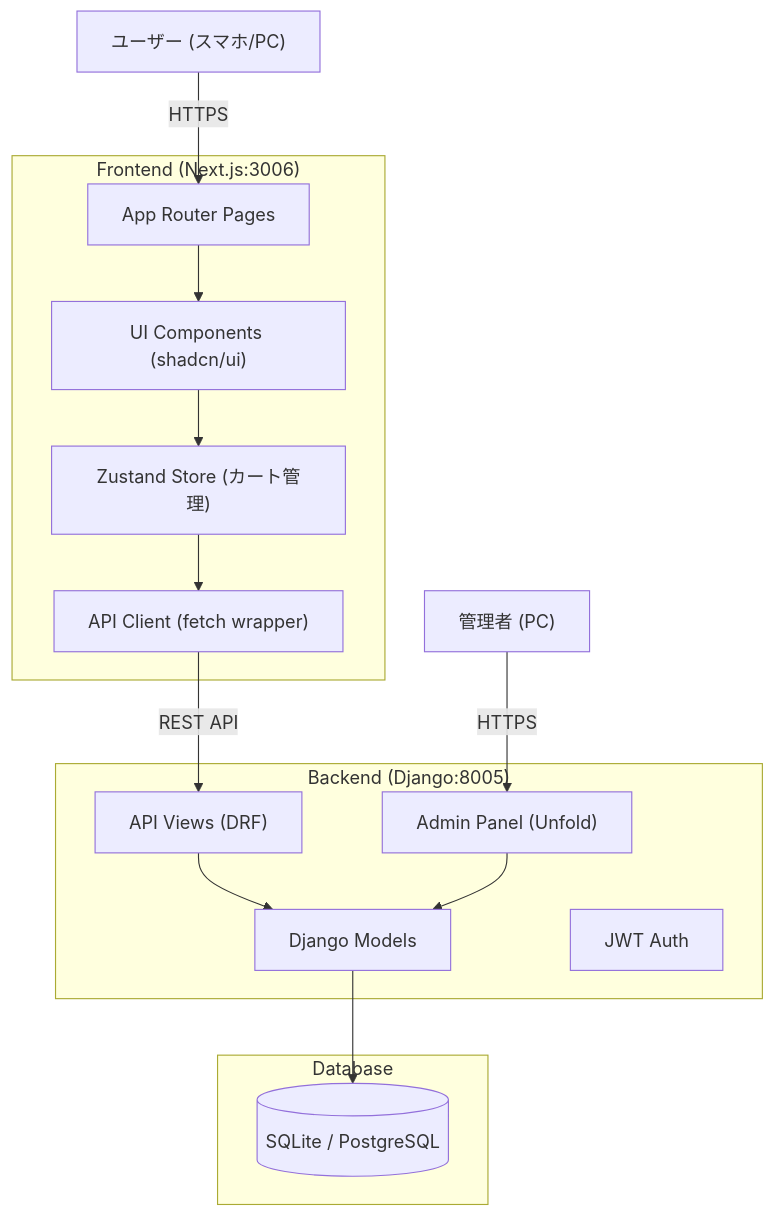
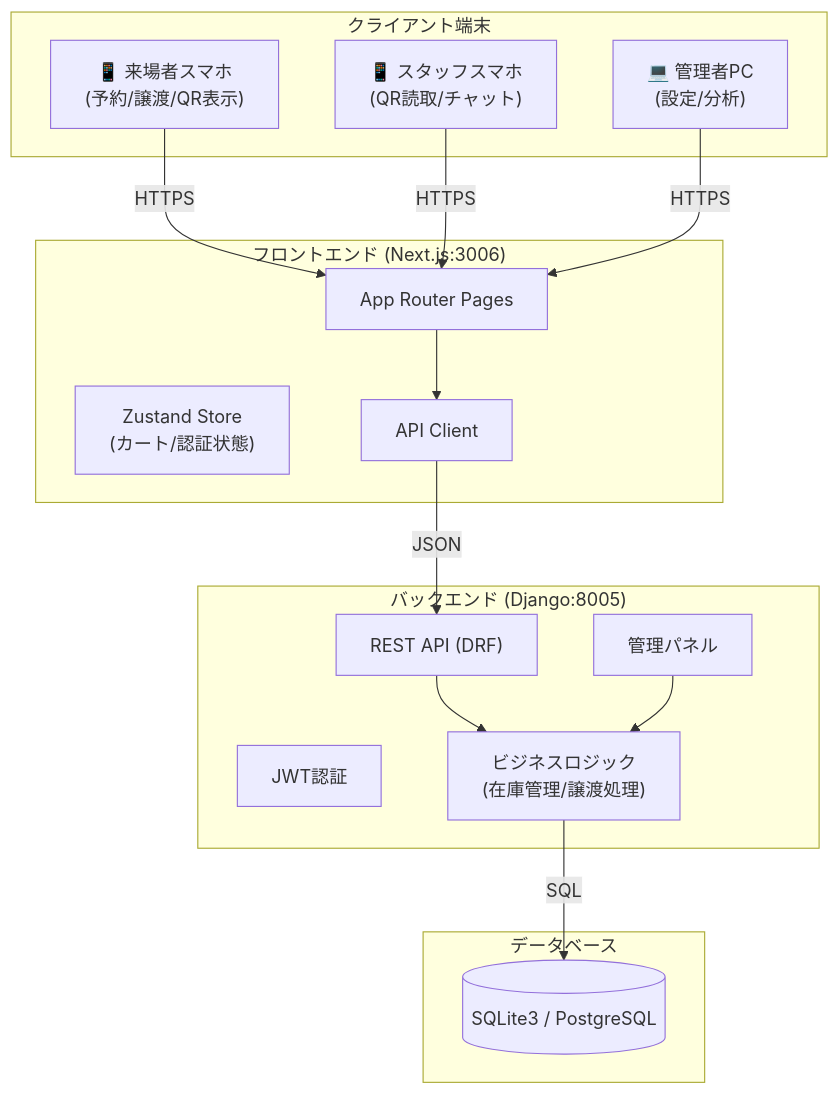
Before and after one commit to takumitakumiq/newness: the first of 4 diagrams in README.md, drawn with Mermaid. The commit also changed other lines of this file and 2 other files, not shown here.

Commit message:
Update documentation with comprehensive system details and diagrams

````diff
--- a/README.md
+++ b/README.md
@@ -52,33 +74,36 @@
 ```mermaid
 graph TD
-    User["ユーザー (スマホ/PC)"]
-    Admin["管理者 (PC)"]
+    subgraph Client ["クライアント端末"]
+        UserPhone["📱 来場者スマホ<br>(予約/譲渡/QR表示)"]
+        StaffPhone["📱 スタッフスマホ<br>(QR読取/チャット)"]
+        AdminPC["💻 管理者PC<br>(設定/分析)"]
+    end
+
+    subgraph Frontend ["フロントエンド (Next.js:3006)"]
+        Pages["App Router Pages"]
+        Store["Zustand Store<br>(カート/認証状態)"]
+        APIClient["API Client"]
+    end
+
+    subgraph Backend ["バックエンド (Django:8005)"]
+        API["REST API (DRF)"]
+        Auth["JWT認証"]
+        Logic["ビジネスロジック<br>(在庫管理/譲渡処理)"]
+        AdminPanel["管理パネル"]
+    end
+
+    subgraph Database ["データベース"]
+        SQLite[(SQLite3 / PostgreSQL)]
+    end
+
+    UserPhone -->|HTTPS| Pages
+    StaffPhone -->|HTTPS| Pages
+    AdminPC -->|HTTPS| Pages
     
-    subgraph Frontend ["Frontend (Next.js:3006)"]
-        Pages["App Router Pages"]
-        Components["UI Components (shadcn/ui)"]
-        Store["Zustand Store (カート管理)"]
-        API_Client["API Client (fetch wrapper)"]
-    end
+    Pages --> APIClient
+    APIClient -->|JSON| API
     
-    subgraph Backend ["Backend (Django:8005)"]
-        API_Views["API Views (DRF)"]
-        Models["Django Models"]
-        Admin_Panel["Admin Panel (Unfold)"]
-        Auth["JWT Auth"]
-    end
-    
-    subgraph Database ["Database"]
-        DB[(SQLite / PostgreSQL)]
-    end
-    
-    User -->|HTTPS| Pages
-    Admin -->|HTTPS| Admin_Panel
-    Pages --> Components
-    Components --> Store
-    Store --> API_Client
-    API_Client -->|REST API| API_Views
-    API_Views --> Models
-    Models --> DB
-    Admin_Panel --> Models
+    API --> Logic
+    Logic -->|SQL| SQLite
+    AdminPanel --> Logic
 ```
````
